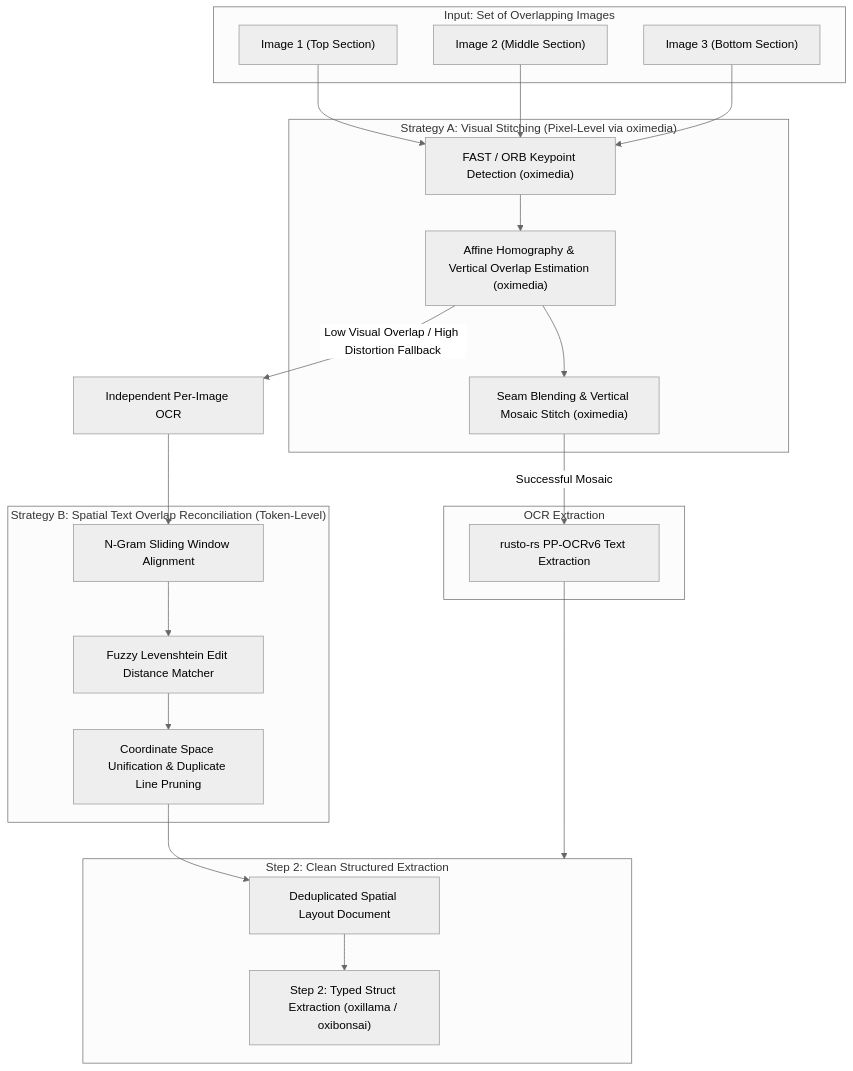
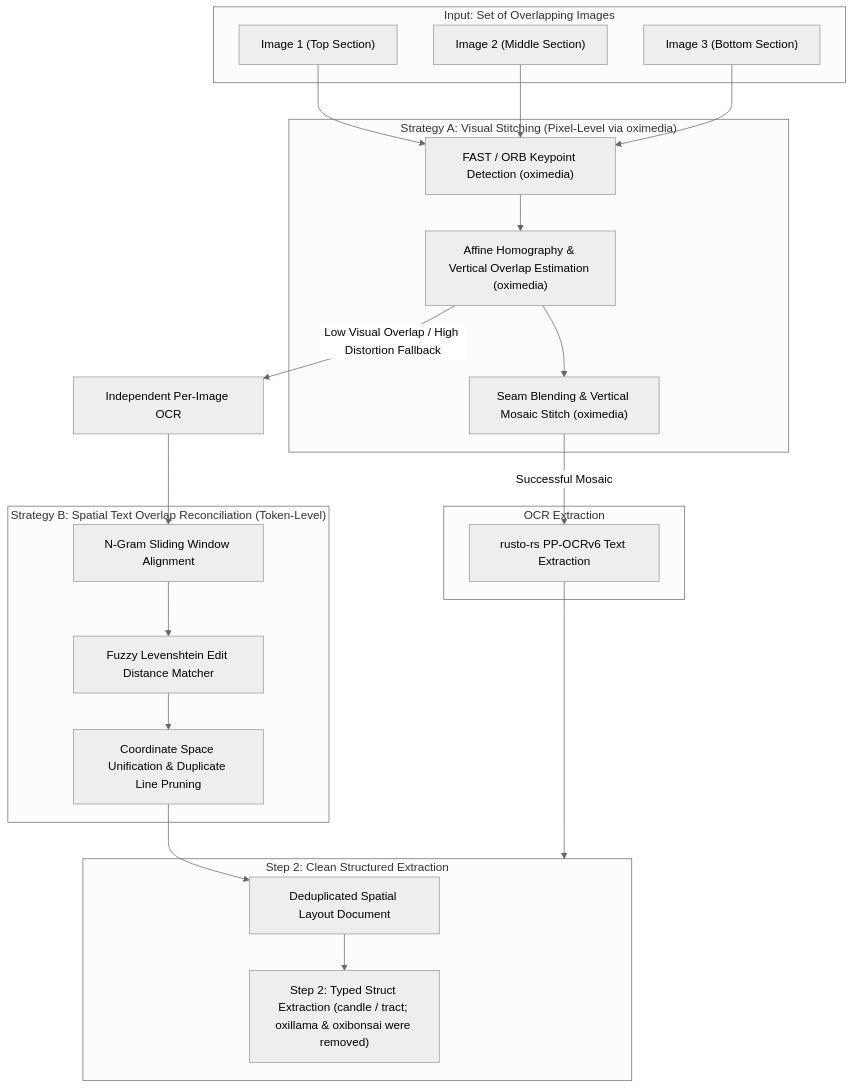
One commit to yasuomaidana/docula changed the diagram in docs/10_IMAGE_STITCHING_AND_DEDUPLICATION.md. Above: the diagram before and after it, drawn with Mermaid (neutral theme). The commit also changed 28 other files, not shown here.

````diff
--- a/docs/10_IMAGE_STITCHING_AND_DEDUPLICATION.md
+++ b/docs/10_IMAGE_STITCHING_AND_DEDUPLICATION.md
@@ -15,36 +15,36 @@
 ```mermaid
 flowchart TD
     subgraph MultiInput["Input: Set of Overlapping Images"]
         Img1["Image 1 (Top Section)"]
         Img2["Image 2 (Middle Section)"]
         Img3["Image 3 (Bottom Section)"]
     end
 
     subgraph StrategyA["Strategy A: Visual Stitching (Pixel-Level via oximedia)"]
         FAST["FAST / ORB Keypoint Detection (oximedia)"]
         RANSAC["Affine Homography & Vertical Overlap Estimation (oximedia)"]
         SeamBlend["Seam Blending & Vertical Mosaic Stitch (oximedia)"]
     end
 
     subgraph OCRStage["OCR Extraction"]
         PPOCR["rusto-rs PP-OCRv6 Text Extraction"]
     end
 
     subgraph StrategyB["Strategy B: Spatial Text Overlap Reconciliation (Token-Level)"]
         NGram["N-Gram Sliding Window Alignment"]
         Levenshtein["Fuzzy Levenshtein Edit Distance Matcher"]
         BoundaryMerge["Coordinate Space Unification & Duplicate Line Pruning"]
     end
 
     subgraph Step2Ready["Step 2: Clean Structured Extraction"]
         DeduplicatedDoc["Deduplicated Spatial Layout Document"]
-        LLMExtract["Step 2: Typed Struct Extraction (oxillama / oxibonsai)"]
+        LLMExtract["Step 2: Typed Struct Extraction (candle / tract; oxillama & oxibonsai were removed)"]
     end
 
     Img1 & Img2 & Img3 --> FAST
     FAST --> RANSAC --> SeamBlend
     SeamBlend -->|Successful Mosaic| PPOCR --> Step2Ready
     
     RANSAC -->|Low Visual Overlap / High Distortion Fallback| IndepOCR["Independent Per-Image OCR"]
     IndepOCR --> NGram --> Levenshtein --> BoundaryMerge --> DeduplicatedDoc --> LLMExtract
 ```
````
